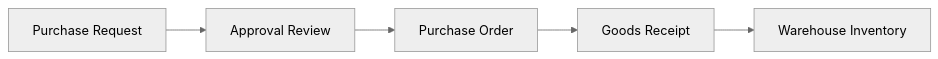
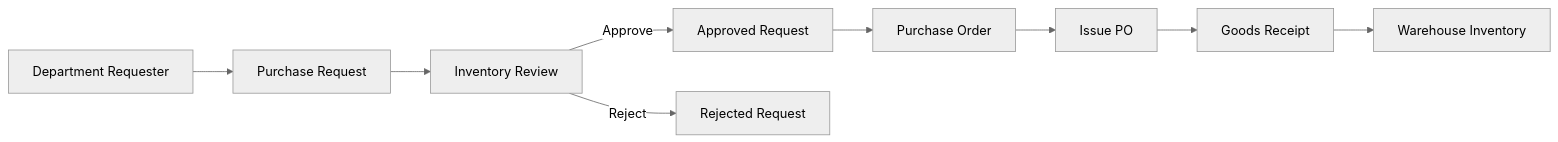
The diagram in docs/procurement-flow.md (reabetsoe-dev/StockPilot), drawn with Mermaid (neutral theme) before and after one commit. The commit also changed other lines of this file and 63 other files, not shown here.

````diff
--- a/docs/procurement-flow.md
+++ b/docs/procurement-flow.md
@@ -5,7 +5,11 @@
 ```mermaid
 flowchart LR
-    PR[Purchase Request] --> Review[Approval Review]
-    Review --> PO[Purchase Order]
-    PO --> GRN[Goods Receipt]
+    Requester[Department Requester] --> PR[Purchase Request]
+    PR --> Review[Inventory Review]
+    Review -->|Approve| Approved[Approved Request]
+    Review -->|Reject| Rejected[Rejected Request]
+    Approved --> PO[Purchase Order]
+    PO --> Issue[Issue PO]
+    Issue --> GRN[Goods Receipt]
     GRN --> Inventory[Warehouse Inventory]
 ```
````
